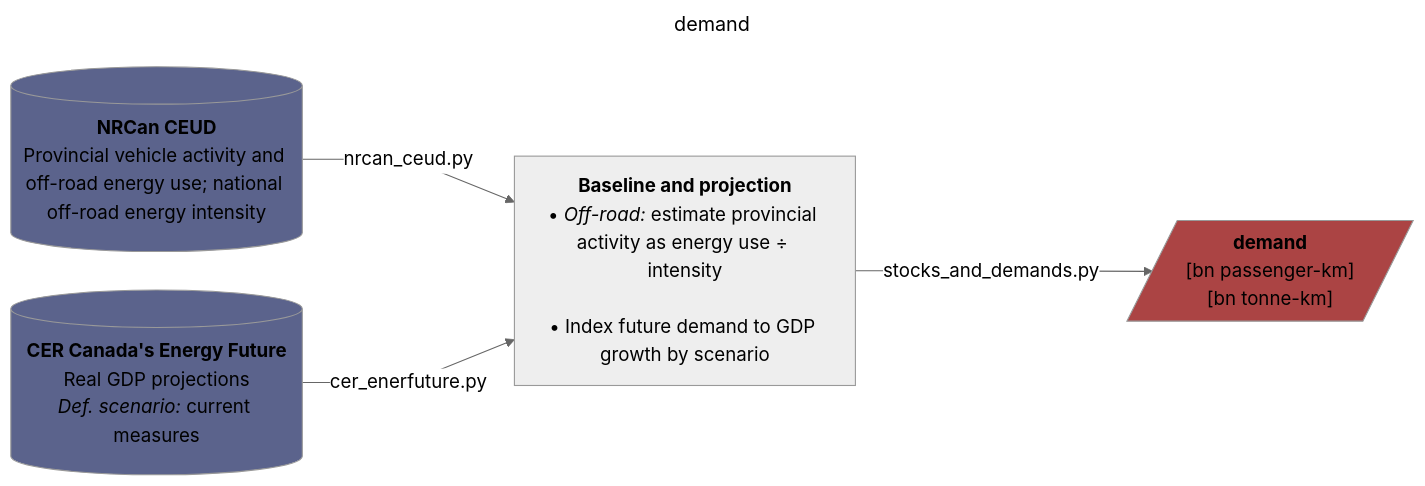
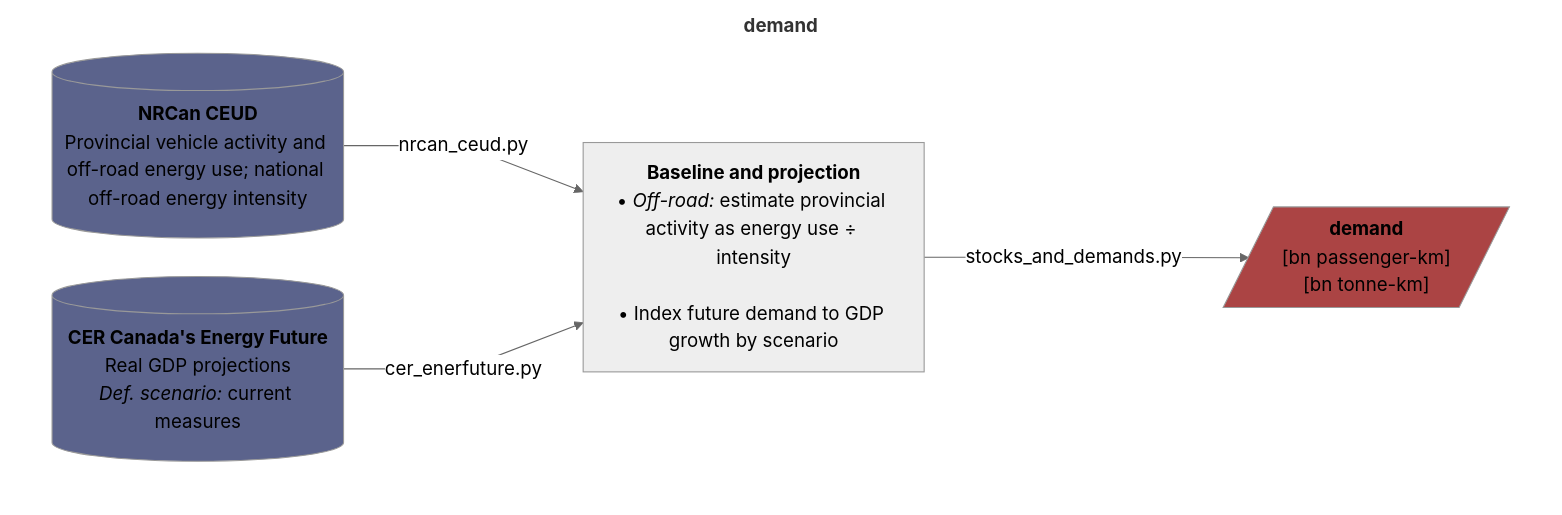
Before and after one commit to CANOE-main/canoe-transportation: the fourth of 9 diagrams in README.md, drawn with Mermaid. The commit also changed other lines of this file and 4 other files, not shown here.

Commit message:
Fixed README.md flowcharts' background and reverted utils/ into utils.py, - enclosed all diagrams inside a blank subgraph to always render a white background

````diff
--- a/README.md
+++ b/README.md
@@ -272,39 +275,42 @@
 ```mermaid
 ---
-title: demand
 config:
   layout: dagre
   theme: neutral
   themeVariables:
     fontSize: 17px
   flowchart:
     nodeSpacing: 35
     rankSpacing: 50
     wrappingWidth: 250
     curve: linear
 ---
 flowchart LR
+  subgraph canvas["`**demand**`"]
+  direction LR
   %% --- Sources ---
   s0[("`**NRCan CEUD**<br>Provincial vehicle activity and off-road energy use; national off-road energy intensity`")]
   s1[("`**CER Canada's Energy Future**<br>Real GDP projections<br>*Def. scenario:* current measures`")]
 
   %% --- Processes ---
   p1["`**Baseline and projection**<br>• *Off-road:* estimate provincial activity as energy use ÷ intensity<br><br>• Index future demand to GDP growth by scenario`"]
 
   s0 -- nrcan_ceud.py --> p1
   s1 -- cer_enerfuture.py --> p1
 
   p1 -- stocks_and_demands.py --> o1[/"`**demand**<br>[bn passenger-km]<br>[bn tonne-km]`"/]
+  end
 
   %% --- Styling ---
+  style canvas fill:#ffffff,stroke:#ffffff
   classDef database fill:#5b638c
   classDef doc fill:#608c5b
   classDef output fill:#ab4444
 
   class s0,s1 database;
   class o1 output;
 
   %% --- Hyperlinks ---
   click s0 "https://oee.nrcan.gc.ca/corporate/statistics/neud/dpa/menus/trends/comprehensive_tables/list.cfm"
   click s1 "https://open.canada.ca/data/en/dataset/07c42deb-9435-43b9-a416-7ce316f3893d"
 ```
````
